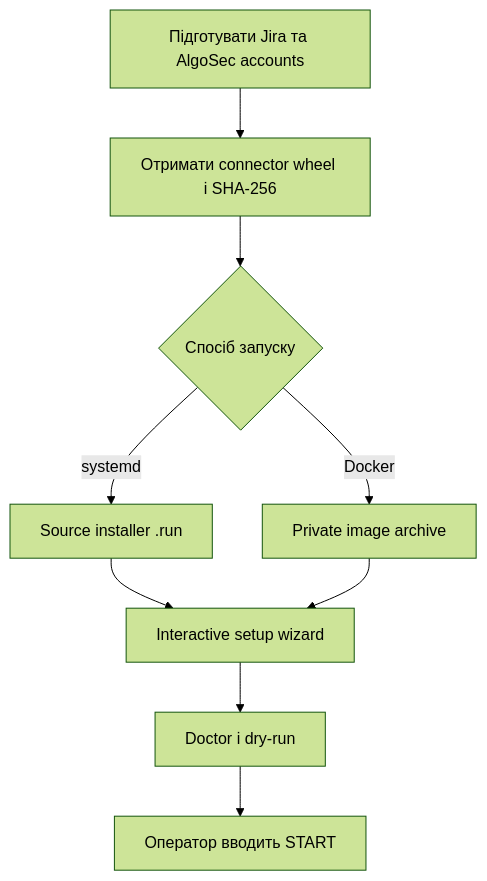
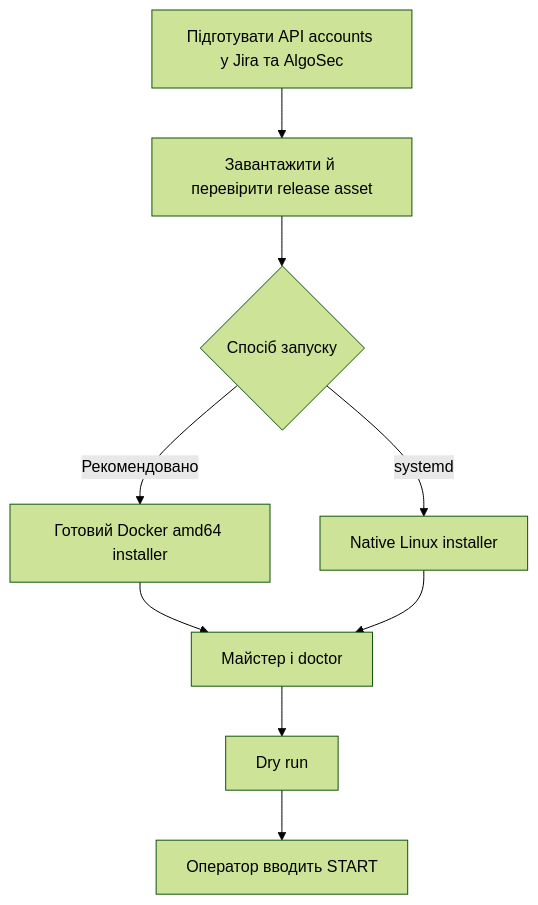
The diagram in docs/DEPLOYMENT-GUIDE-uk.md (kdimiter/jira-fireflow-bus), drawn with Mermaid (forest theme) before and after one commit. The commit also changed other lines of this file and 66 other files, not shown here.

First line of the commit message:
Release self-contained Jira–FireFlow bus 0.2.0 (#10)

````diff
--- a/docs/DEPLOYMENT-GUIDE-uk.md
+++ b/docs/DEPLOYMENT-GUIDE-uk.md
@@ -6,11 +6,11 @@
 ```mermaid
 flowchart TD
-    A[Підготувати Jira та AlgoSec accounts] --> B[Отримати connector wheel і SHA-256]
+    A[Підготувати API accounts у Jira та AlgoSec] --> B[Завантажити й перевірити release asset]
     B --> C{Спосіб запуску}
-    C -->|systemd| D[Source installer .run]
-    C -->|Docker| E[Private image archive]
-    D --> F[Interactive setup wizard]
+    C -->|Рекомендовано| D[Готовий Docker amd64 installer]
+    C -->|systemd| E[Native Linux installer]
+    D --> F[Майстер і doctor]
     E --> F
-    F --> G[Doctor і dry-run]
+    F --> G[Dry run]
     G --> H[Оператор вводить START]
 ```
````
